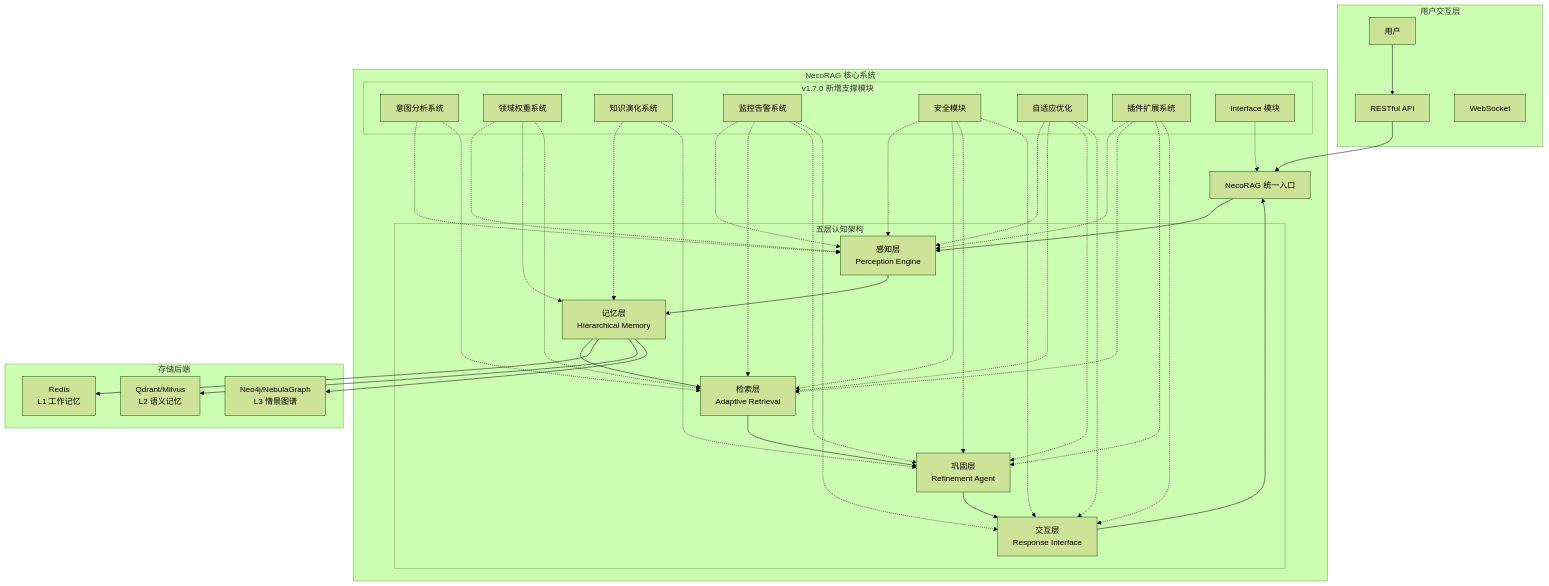
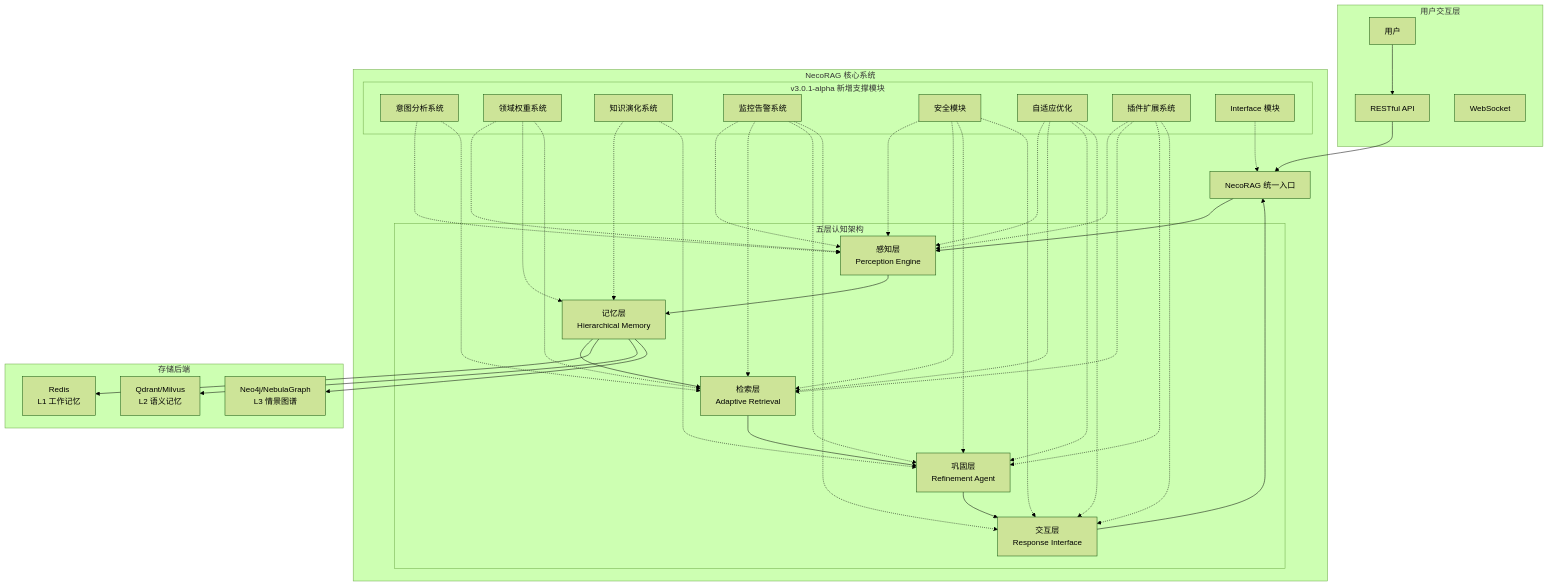
Before and after one commit to JieGaoPrinceton/NecoRAG: the first of 10 diagrams in .qoder/repowiki/zh/content/项目概述/项目概述.md, drawn with Mermaid (forest theme). The commit also changed other lines of this file and 88 other files, not shown here.

````diff
--- a/.qoder/repowiki/zh/content/项目概述/项目概述.md
+++ b/.qoder/repowiki/zh/content/项目概述/项目概述.md
@@ -75,46 +75,46 @@
 ```mermaid
 graph TB
 subgraph "用户交互层"
 U["用户"]
 API["RESTful API"]
 WS["WebSocket"]
 end
 subgraph "NecoRAG 核心系统"
 NR["NecoRAG 统一入口"]
 subgraph "五层认知架构"
 L1["感知层<br/>Perception Engine"]
 L2["记忆层<br/>Hierarchical Memory"]
 L3["检索层<br/>Adaptive Retrieval"]
 L4["巩固层<br/>Refinement Agent"]
 L5["交互层<br/>Response Interface"]
 end
-subgraph "v1.7.0 新增支撑模块"
+subgraph "v3.0.1-alpha 新增支撑模块"
 INT["意图分析系统"]
 DOM["领域权重系统"]
 KE["知识演化系统"]
 MON["监控告警系统"]
 SEC["安全模块"]
 ADP["自适应优化"]
 PLG["插件扩展系统"]
 IFACE["Interface 模块"]
 end
 end
 subgraph "存储后端"
 RDS["Redis<br/>L1 工作记忆"]
 QDR["Qdrant/Milvus<br/>L2 语义记忆"]
 NEO["Neo4j/NebulaGraph<br/>L3 情景图谱"]
 end
 U --> API
 API --> NR
 NR --> L1 --> L2 --> L3 --> L4 --> L5
 L5 --> NR
 INT -.-> L1 & L3
 DOM -.-> L1 & L2 & L3
 KE -.-> L2 & L4
 MON -.-> L1 & L3 & L4 & L5
 SEC -.-> L1 & L3 & L4 & L5
 ADP -.-> L1 & L3 & L4 & L5
 PLG -.-> L1 & L3 & L4 & L5
 IFACE -.-> NR
 L2 --> RDS & QDR & NEO
 ```
````
